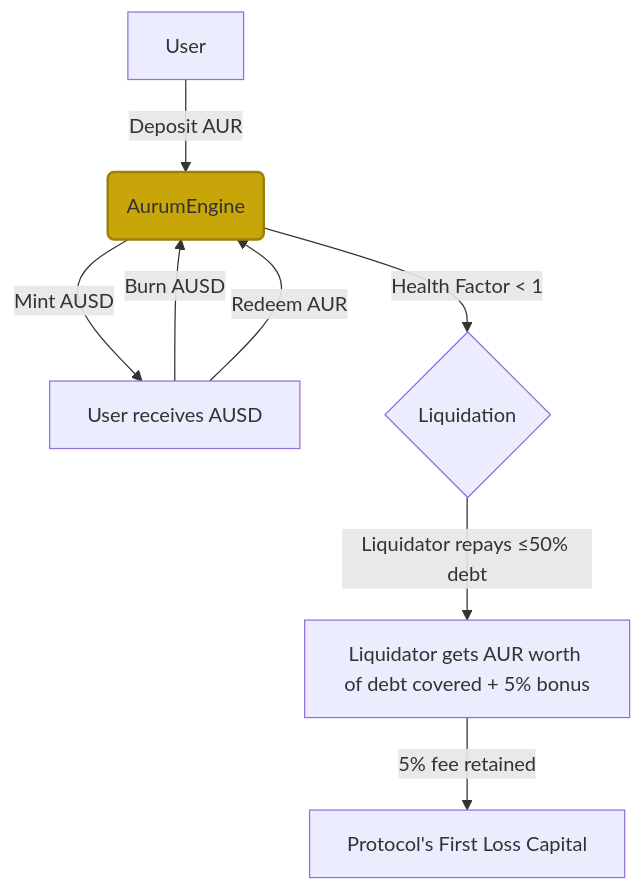
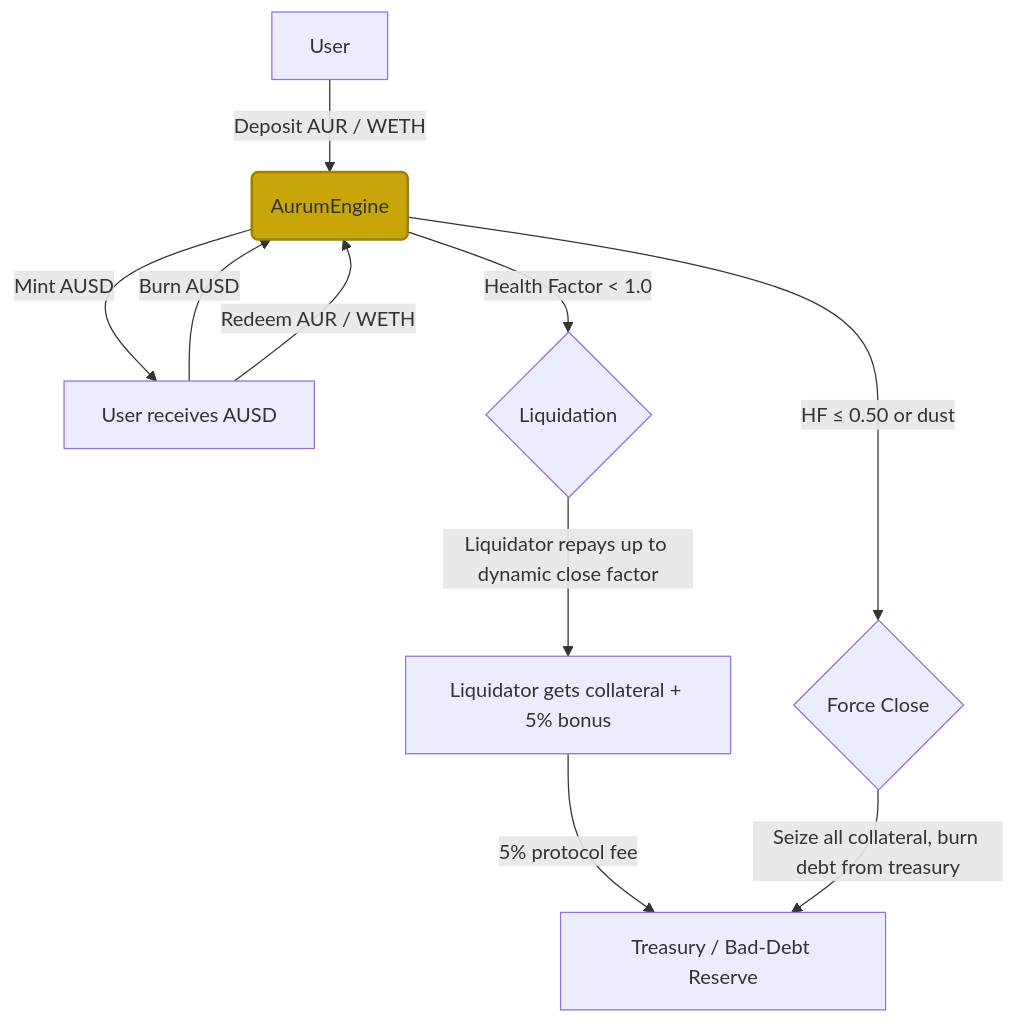
The diagram in README.md (vridhib/aurum-protocol), drawn with Mermaid before and after one commit. The commit also changed other lines of this file and 5 other files, not shown here.

````diff
--- a/README.md
+++ b/README.md
@@ -181,11 +82,13 @@
 ```mermaid
 graph TD
-    A[User] -->|Deposit AUR| B(AurumEngine)
+    A[User] -->|Deposit AUR / WETH| B(AurumEngine)
     B -->|Mint AUSD| C[User receives AUSD]
     C -->|Burn AUSD| B
-    C -->|Redeem AUR| B
-    B -->|Health Factor < 1| D{Liquidation}
-    D -->|Liquidator repays ≤50% debt| E[Liquidator gets AUR worth of debt covered + 5% bonus]
-    E -->|5% fee retained| F[Protocol's First Loss Capital]
+    C -->|Redeem AUR / WETH| B
+    B -->|Health Factor < 1.0| D{Liquidation}
+    D -->|Liquidator repays up to dynamic close factor| E[Liquidator gets collateral + 5% bonus]
+    E -->|5% protocol fee| F[Treasury / Bad‑Debt Reserve]
+    B -->|HF ≤ 0.50 or dust| G{Force Close}
+    G -->|Seize all collateral, burn debt from treasury| F
     style B fill:#C8A509,stroke:#9C8107,stroke-width:2px
 ```
````
